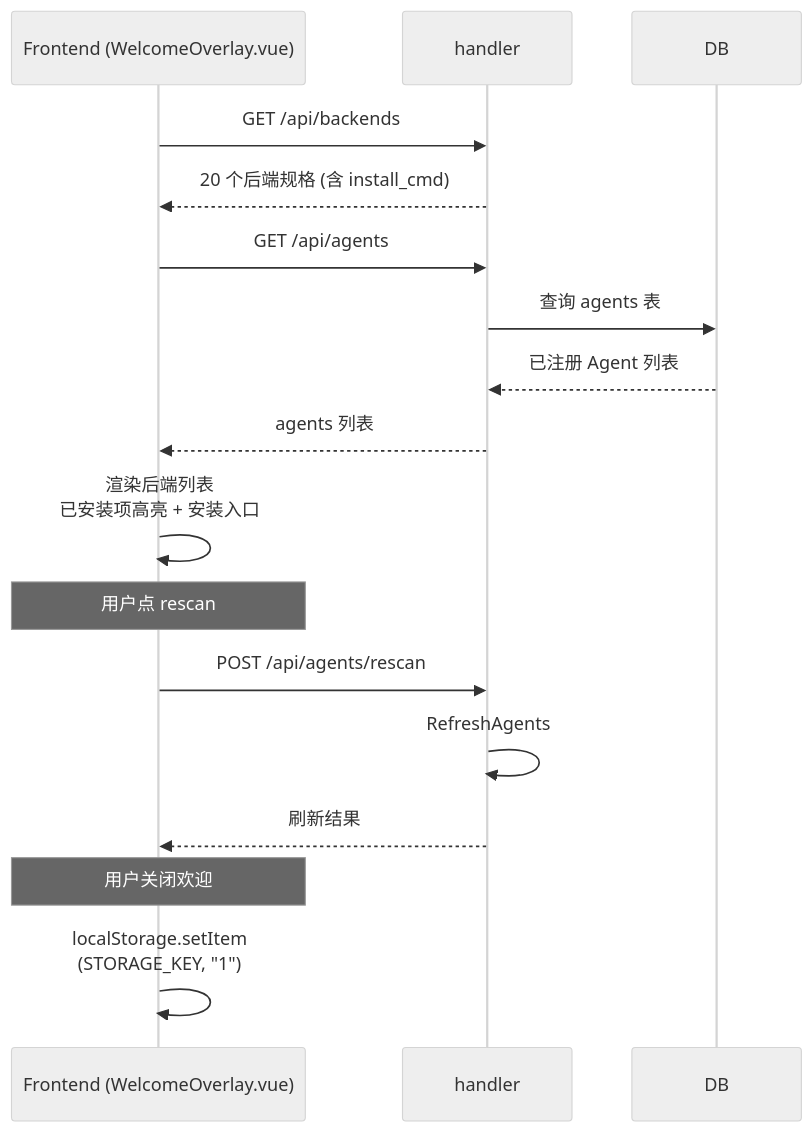
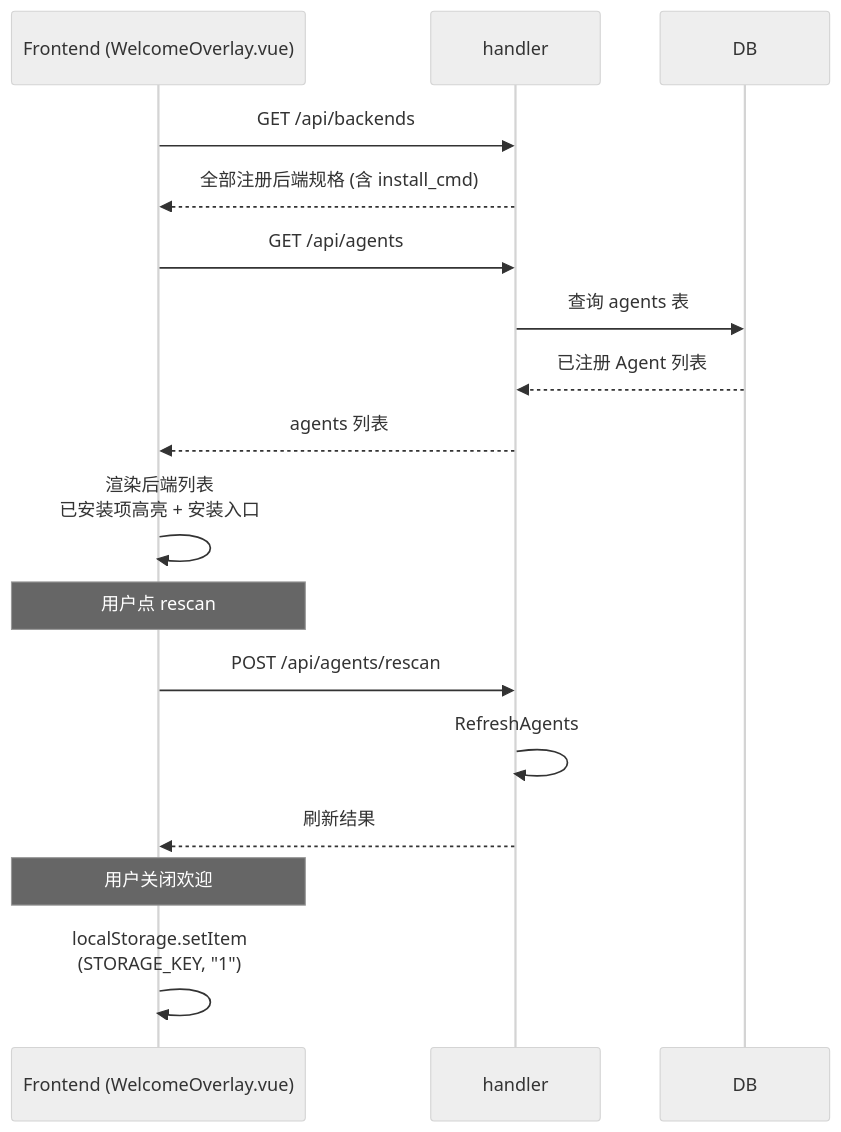
One commit to clawbench-dev/clawbench changed the first of 2 diagrams in docs/spec/features/setup-wizard.md. Above: the diagram before and after it, drawn with Mermaid (neutral theme). The commit also changed other lines of this file and 26 other files, not shown here.

````diff
--- a/docs/spec/features/setup-wizard.md
+++ b/docs/spec/features/setup-wizard.md
@@ -17,20 +17,20 @@
 ```mermaid
 sequenceDiagram
     participant F as Frontend (WelcomeOverlay.vue)
     participant H as handler
     participant DB
 
     F->>H: GET /api/backends
-    H-->>F: 20 个后端规格 (含 install_cmd)
+    H-->>F: 全部注册后端规格 (含 install_cmd)
     F->>H: GET /api/agents
     H->>DB: 查询 agents 表
     DB-->>H: 已注册 Agent 列表
     H-->>F: agents 列表
     F->>F: 渲染后端列表<br/>已安装项高亮 + 安装入口
     Note over F: 用户点 rescan
     F->>H: POST /api/agents/rescan
     H->>H: RefreshAgents
     H-->>F: 刷新结果
     Note over F: 用户关闭欢迎
     F->>F: localStorage.setItem<br/>(STORAGE_KEY, "1")
 ```
````
